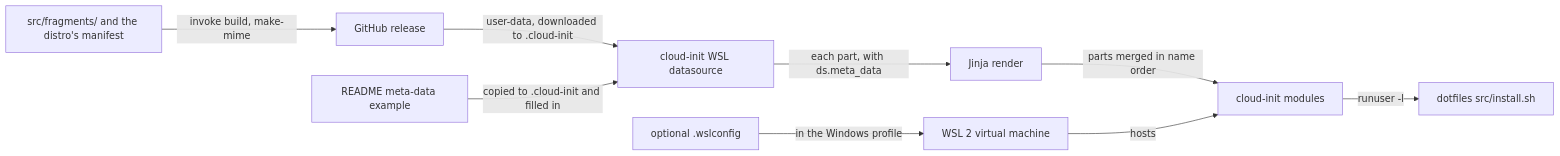
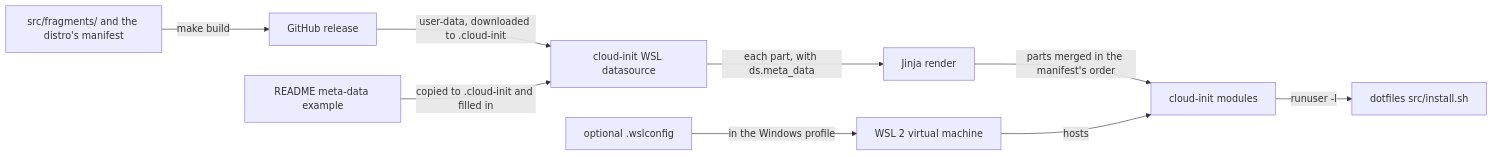
The first of 3 diagrams in docs/provisioning.md (froazin/wsl), drawn with Mermaid before and after one commit. The commit also changed other lines of this file and 58 other files, not shown here.

Commit message:
refactor(cloud-init)!: Simplify image build (#11)

````diff
--- a/docs/provisioning.md
+++ b/docs/provisioning.md
@@ -32,13 +32,13 @@
 ```mermaid
 flowchart LR
     accTitle: How the WSL files reach the instance
     accDescr: The build joins the fragments a distro's manifest lists into one MIME user-data, and a release publishes it. The user downloads it into their Windows profile, writes the meta-data beside it from the README's example and can add the optional .wslconfig, which WSL reads. cloud-init's WSL datasource reads the user-data and meta-data, renders each Jinja part, merges the parts and runs the cloud-config, which runs install.sh as the user and as root.
-    parts["src/fragments/ and the distro's manifest"] -->|"invoke build, make-mime"| release["GitHub release"]
+    parts["src/fragments/ and the distro's manifest"] -->|"make build"| release["GitHub release"]
     release -->|"user-data, downloaded to .cloud-init"| ds["cloud-init WSL datasource"]
     example["README meta-data example"] -->|"copied to .cloud-init and filled in"| ds
     wslconfig["optional .wslconfig"] -->|"in the Windows profile"| vm["WSL 2 virtual machine"]
     ds -->|"each part, with ds.meta_data"| jinja["Jinja render"]
-    jinja -->|"parts merged in name order"| modules["cloud-init modules"]
+    jinja -->|"parts merged in the manifest's order"| modules["cloud-init modules"]
     modules -->|"runuser -l"| install["dotfiles src/install.sh"]
     vm -->|hosts| modules
 ```
````
